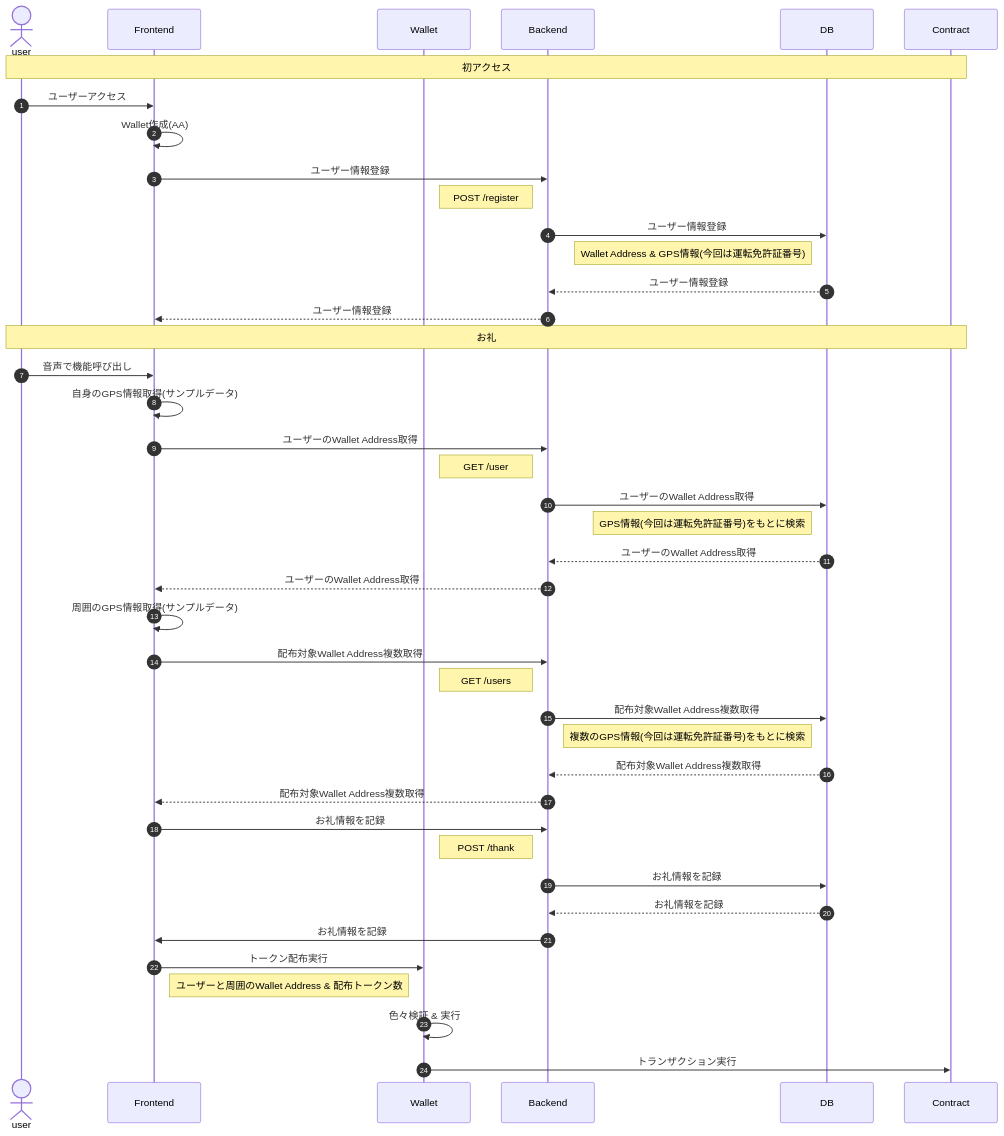
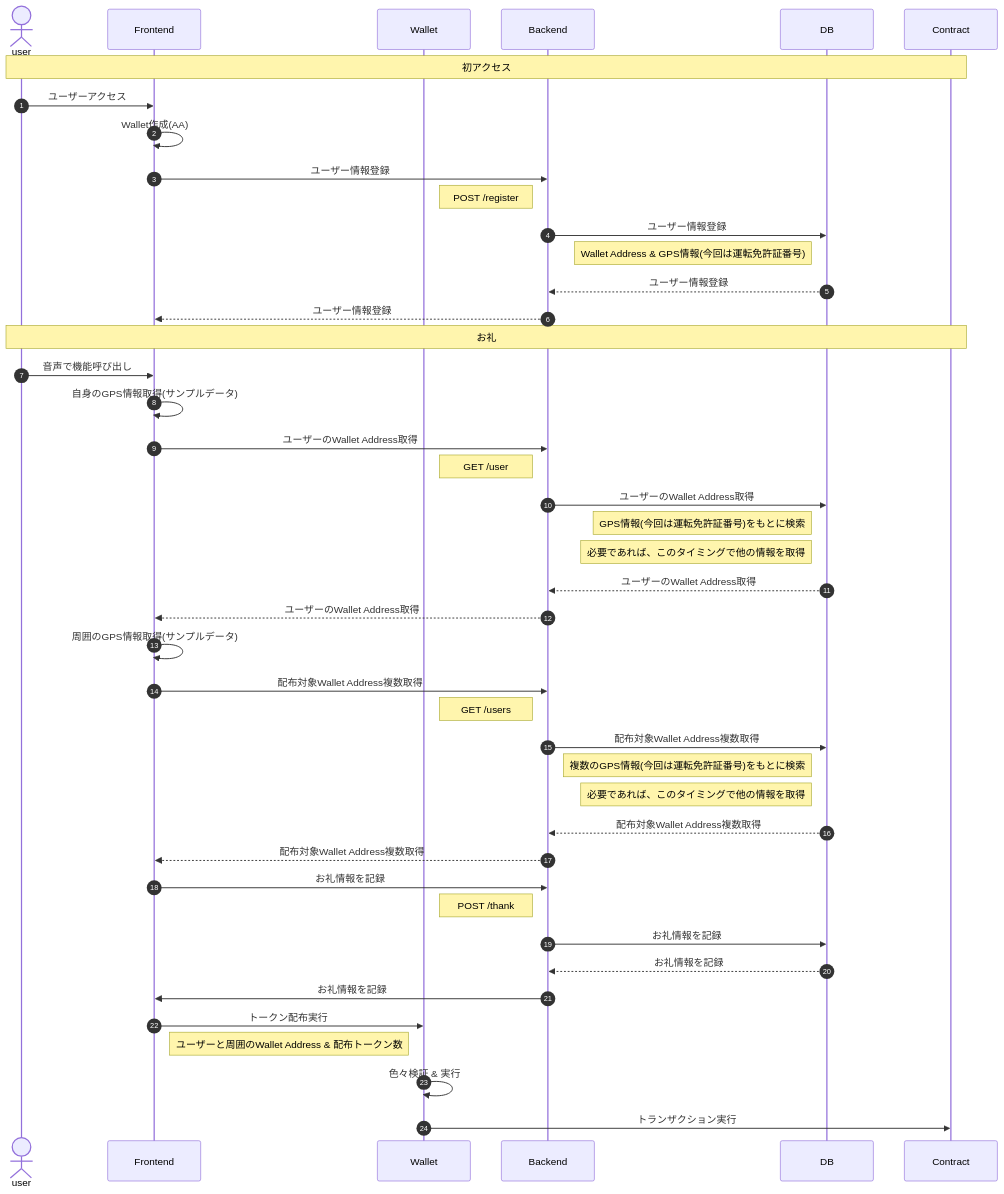
Before and after one commit to ponponnsan/key3_hackathon_drive: the diagram in docs/sequence/flow.md, drawn with Mermaid.

Commit message:
#7 🛠 補足を追加

````diff
--- a/docs/sequence/flow.md
+++ b/docs/sequence/flow.md
@@ -5,48 +5,50 @@
 ```mermaid
 sequenceDiagram
     autonumber
 
     actor user
     participant frontend as Frontend
     participant wallet as Wallet
     participant backend as Backend
     participant db as DB
     participant contract as Contract
 
     Note over user,contract: 初アクセス
     user ->> frontend: ユーザーアクセス
     frontend ->> frontend: Wallet作成(AA)
     frontend ->> backend: ユーザー情報登録
     Note left of backend: POST /register
     backend ->> db: ユーザー情報登録
     Note left of db: Wallet Address & GPS情報(今回は運転免許証番号)
     db -->> backend: ユーザー情報登録
     backend -->> frontend: ユーザー情報登録
 
     Note over user,contract: お礼
     user ->> frontend: 音声で機能呼び出し
     frontend ->> frontend: 自身のGPS情報取得(サンプルデータ)
     frontend ->> backend: ユーザーのWallet Address取得
     Note left of backend: GET /user
     backend ->> db: ユーザーのWallet Address取得
     Note left of db: GPS情報(今回は運転免許証番号)をもとに検索
+    Note left of db: 必要であれば、このタイミングで他の情報を取得
     db -->> backend: ユーザーのWallet Address取得
     backend -->> frontend: ユーザーのWallet Address取得
     frontend ->> frontend: 周囲のGPS情報取得(サンプルデータ)
     frontend ->> backend: 配布対象Wallet Address複数取得
     Note left of backend: GET /users
     backend ->> db:  配布対象Wallet Address複数取得
     Note left of db: 複数のGPS情報(今回は運転免許証番号)をもとに検索
+    Note left of db: 必要であれば、このタイミングで他の情報を取得
     db -->> backend:  配布対象Wallet Address複数取得
     backend -->> frontend:  配布対象Wallet Address複数取得
     frontend ->> backend: お礼情報を記録
     Note left of backend: POST /thank
     backend ->> db: お礼情報を記録
     db -->> backend: お礼情報を記録
     backend ->> frontend: お礼情報を記録
 
     frontend ->> wallet: トークン配布実行
     Note left of wallet: ユーザーと周囲のWallet Address & 配布トークン数
     wallet ->> wallet: 色々検証 & 実行
     wallet ->> contract: トランザクション実行
 ```
````
